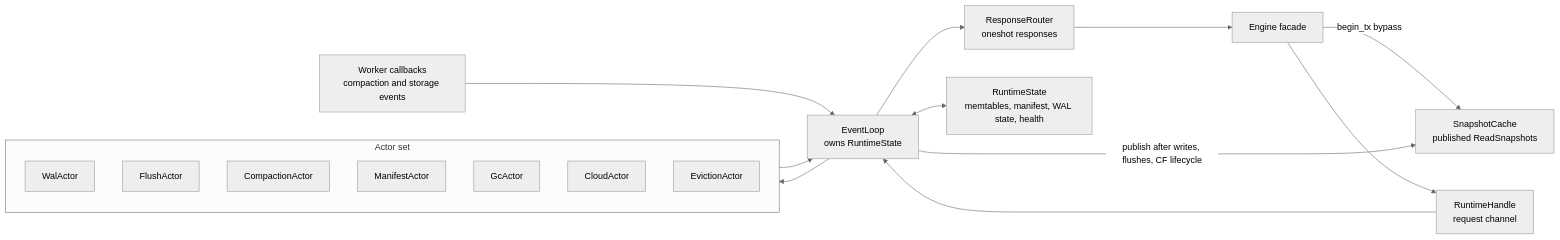
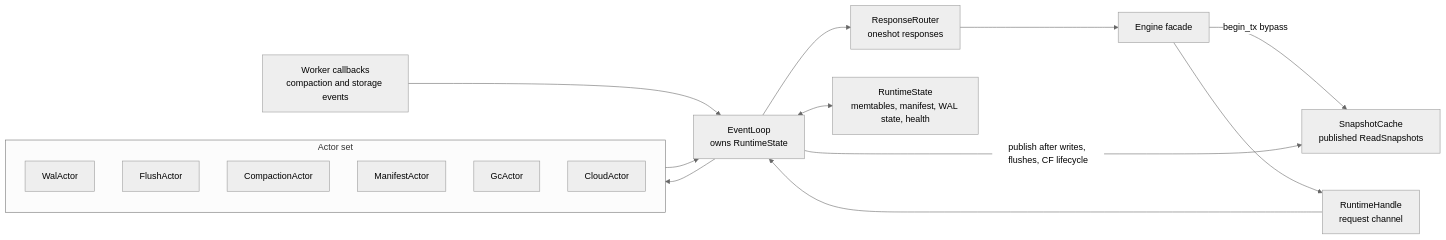
The second of 10 diagrams in docs/development/architecture-diagrams.md (cntryl/midge), drawn with Mermaid (neutral theme) before and after one commit. The commit also changed 88 other files, not shown here.

````diff
--- a/docs/development/architecture-diagrams.md
+++ b/docs/development/architecture-diagrams.md
@@ -52,32 +52,31 @@
 ```mermaid
 flowchart LR
     Engine["Engine facade"]
     Handle["RuntimeHandle<br/>request channel"]
     Router["ResponseRouter<br/>oneshot responses"]
     Loop["EventLoop<br/>owns RuntimeState"]
 
     subgraph ActorSet["Actor set"]
         WalActor["WalActor"]
         FlushActor["FlushActor"]
         CompactionActor["CompactionActor"]
         ManifestActor["ManifestActor"]
         GcActor["GcActor"]
         CloudActor["CloudActor"]
-        EvictionActor["EvictionActor"]
     end
 
     State["RuntimeState<br/>memtables, manifest, WAL state, health"]
     SnapshotCache["SnapshotCache<br/>published ReadSnapshots"]
     Workers["Worker callbacks<br/>compaction and storage events"]
 
     Engine --> Handle
     Engine -->|begin_tx bypass| SnapshotCache
     Handle --> Loop
     Loop --> ActorSet
     ActorSet --> Loop
     Loop <--> State
     Loop -->|publish after writes, flushes, CF lifecycle| SnapshotCache
     Loop --> Router
     Router --> Engine
     Workers --> Loop
 ```
````
